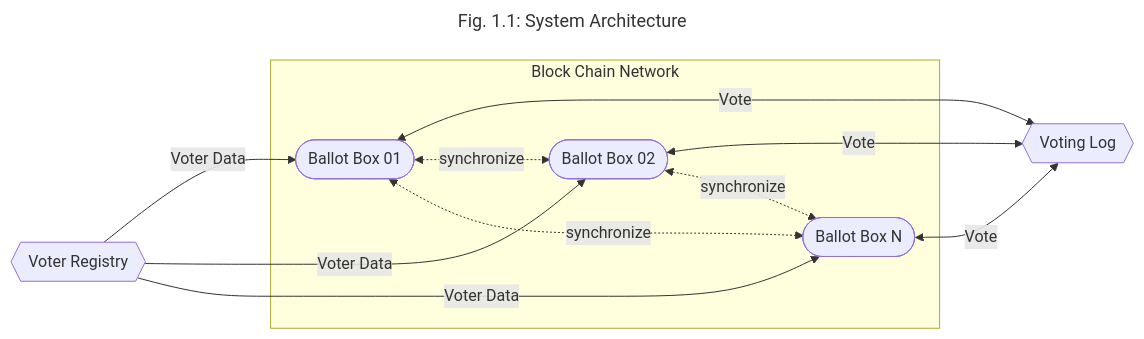
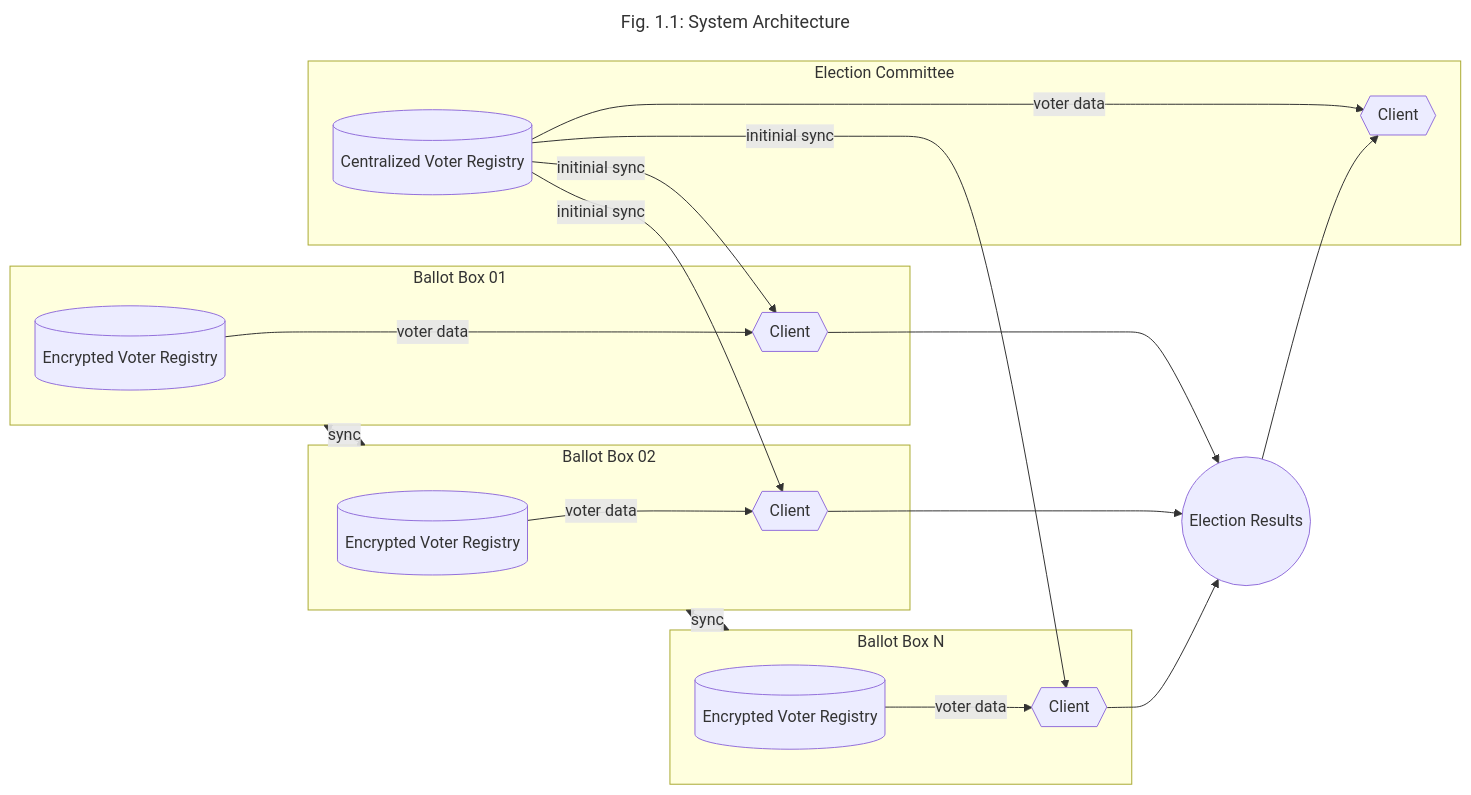
One commit to domai-tb/campus_vote changed the diagram in README.md. Above: the diagram before and after it, drawn with Mermaid. The commit also changed other lines of this file and 2 other files, not shown here.

````diff
--- a/README.md
+++ b/README.md
@@ -9,21 +16,37 @@
 ```mermaid
 ---
 title: "Fig. 1.1: System Architecture"
 ---
 flowchart LR
-    
-    VL{{Voting Log}}
-    VR{{Voter Registry}}
-    
-    VR -- Voter Data --> BB01 & BB02 & BB0N
-    BB01 & BB02 & BB0N <-- Vote --> VL
+    subgraph BB01["Ballot Box 01"]
+        VR01[(Encrypted Voter Registry)]
+        BBC01{{Client}}
+        VR01 -- voter data --> BBC01
+    end
 
-    subgraph Block Chain Network
-        BB01([Ballot Box 01])
-        BB02([Ballot Box 02])
-        BB0N([Ballot Box N])
+    subgraph BB02["Ballot Box 02"]
+        VR02[(Encrypted Voter Registry)]
+        BBC02{{Client}}
+        VR02 -- voter data --> BBC02
+    end
 
-        BB01 <-. synchronize .-> BB02 & BB0N
-        BB02 <-. synchronize .-> BB0N
+    subgraph BBN["Ballot Box N"]
+        VRN[(Encrypted Voter Registry)]
+        BBCN{{Client}}
+        VRN -- voter data --> BBCN
     end
+
+    subgraph EC["Election Committee"]
+        CVR[(Centralized Voter Registry)]
+        CVC{{Client}}
+        CVR -- voter data --> CVC
+    end
+
+    ER((Election Results))
+
+    BBC01 & BBC02 & BBCN --> ER --> CVC
+    CVR -- initinial sync --> BBC01 & BBC02 & BBCN
+
+    BB01 <-- sync --> BB02
+    BB02 <-- sync --> BBN
 ```
````
